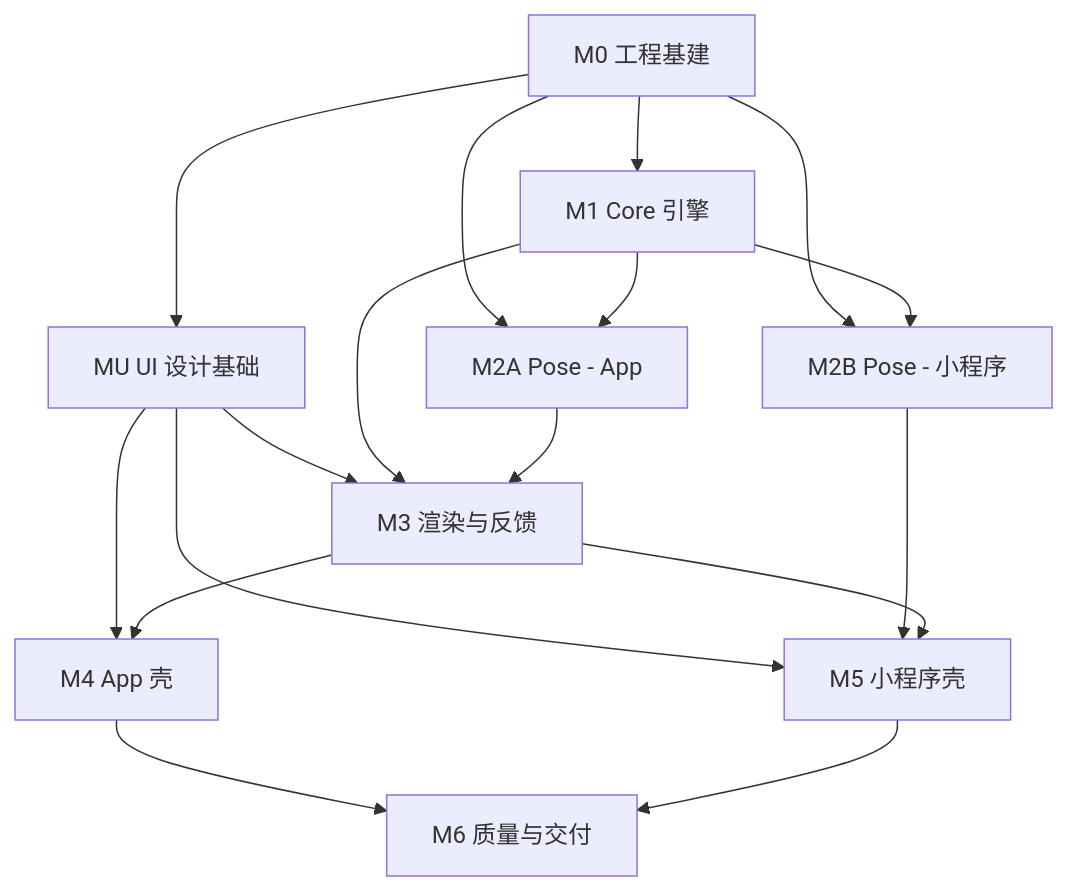
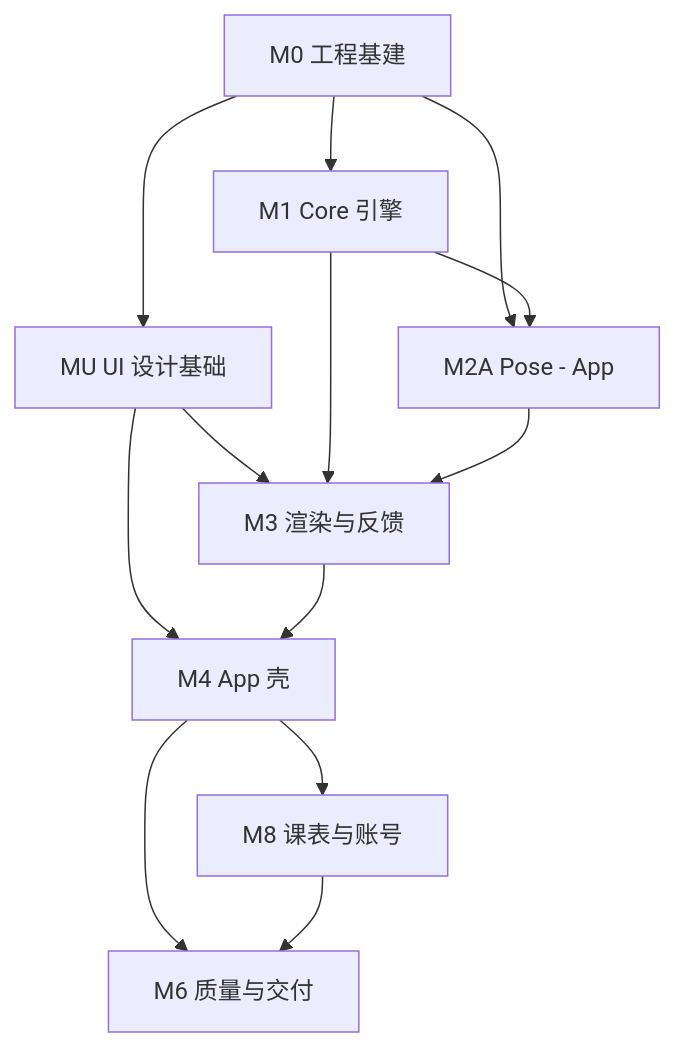
Before and after one commit to xavigo444bright/fitnesscoach: the diagram in docs/MODULES.md, drawn with Mermaid. The commit also changed other lines of this file and 12 other files, not shown here.

````diff
--- a/docs/MODULES.md
+++ b/docs/MODULES.md
@@ -19,19 +19,15 @@
 ```mermaid
 flowchart TD
     M0[M0 工程基建] --> M1[M1 Core 引擎]
     M0 --> MU[MU UI 设计基础]
     M0 --> M2A[M2A Pose - App]
     M1 --> M2A
     MU --> M3[M3 渲染与反馈]
     M1 --> M3
     M2A --> M3
     MU --> M4[M4 App 壳]
     M3 --> M4
-    M0 --> M2B[M2B Pose - 小程序]
-    M1 --> M2B
-    MU --> M5[M5 小程序壳]
-    M2B --> M5
-    M3 --> M5
+    M4 --> M8[M8 课表与账号]
     M4 --> M6[M6 质量与交付]
-    M5 --> M6
+    M8 --> M6
 ```
````
